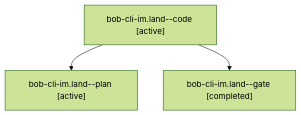
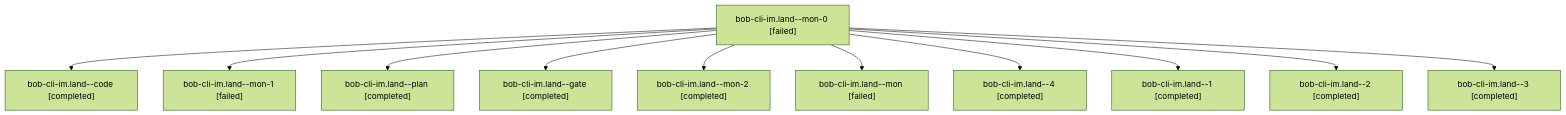
Before and after one commit to bobs-org/bob-cli--agents: the diagram in sessions/bbugyi200.athena.bob-cli-im.land.md, drawn with Mermaid (forest theme). The commit also changed other lines of this file and 126 other files, not shown here.

````diff
--- a/sessions/bbugyi200.athena.bob-cli-im.land.md
+++ b/sessions/bbugyi200.athena.bob-cli-im.land.md
@@ -9,8 +9,24 @@
 ```mermaid
 flowchart TD
-  n0["bob-cli-im.land--code [active]"]
-  n1["bob-cli-im.land--plan [active]"]
+  n0["bob-cli-im.land--mon-0 [failed]"]
+  n1["bob-cli-im.land--code [completed]"]
   n0 --> n1
-  n2["bob-cli-im.land--gate [completed]"]
+  n2["bob-cli-im.land--mon-1 [failed]"]
   n0 --> n2
+  n3["bob-cli-im.land--plan [completed]"]
+  n0 --> n3
+  n4["bob-cli-im.land--gate [completed]"]
+  n0 --> n4
+  n5["bob-cli-im.land--mon-2 [completed]"]
+  n0 --> n5
+  n6["bob-cli-im.land--mon [failed]"]
+  n0 --> n6
+  n7["bob-cli-im.land--4 [completed]"]
+  n0 --> n7
+  n8["bob-cli-im.land--1 [completed]"]
+  n0 --> n8
+  n9["bob-cli-im.land--2 [completed]"]
+  n0 --> n9
+  n10["bob-cli-im.land--3 [completed]"]
+  n0 --> n10
 ```
````
